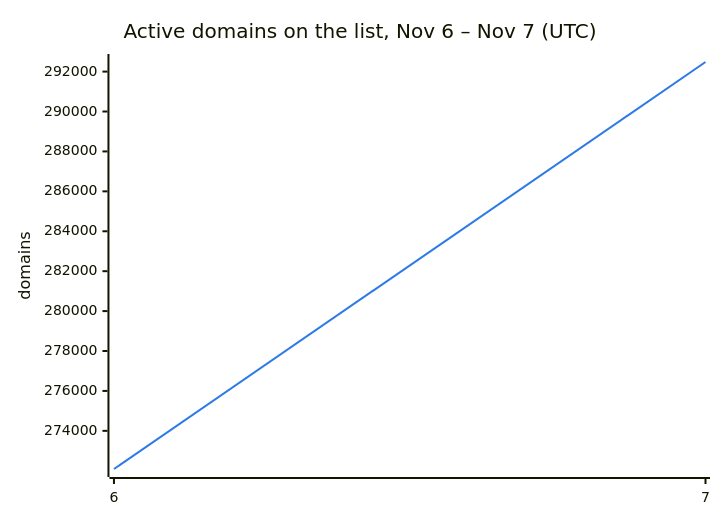
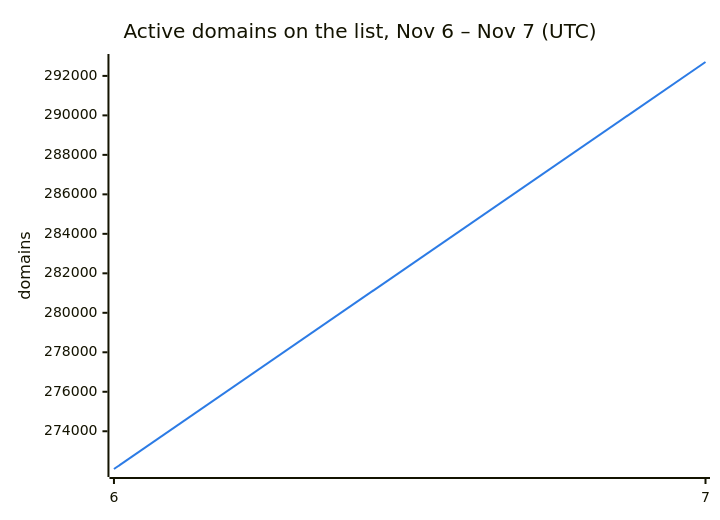
One commit to DNSBunker/CTI changed the second of 3 diagrams in README.md. Above: the diagram before and after it, drawn with Mermaid. The commit also changed other lines of this file and 3 other files, not shown here.

````diff
--- a/README.md
+++ b/README.md
@@ -38,8 +38,8 @@
 ```mermaid
 %%{init: {"themeVariables": {"xyChart": {"plotColorPalette": "#2c7be5"}}}}%%
 xychart-beta
     title "Active domains on the list, Nov 6 – Nov 7 (UTC)"
     x-axis ["6", "7"]
     y-axis "domains"
-    line [272088, 292481]
+    line [272088, 292704]
 ```
````
